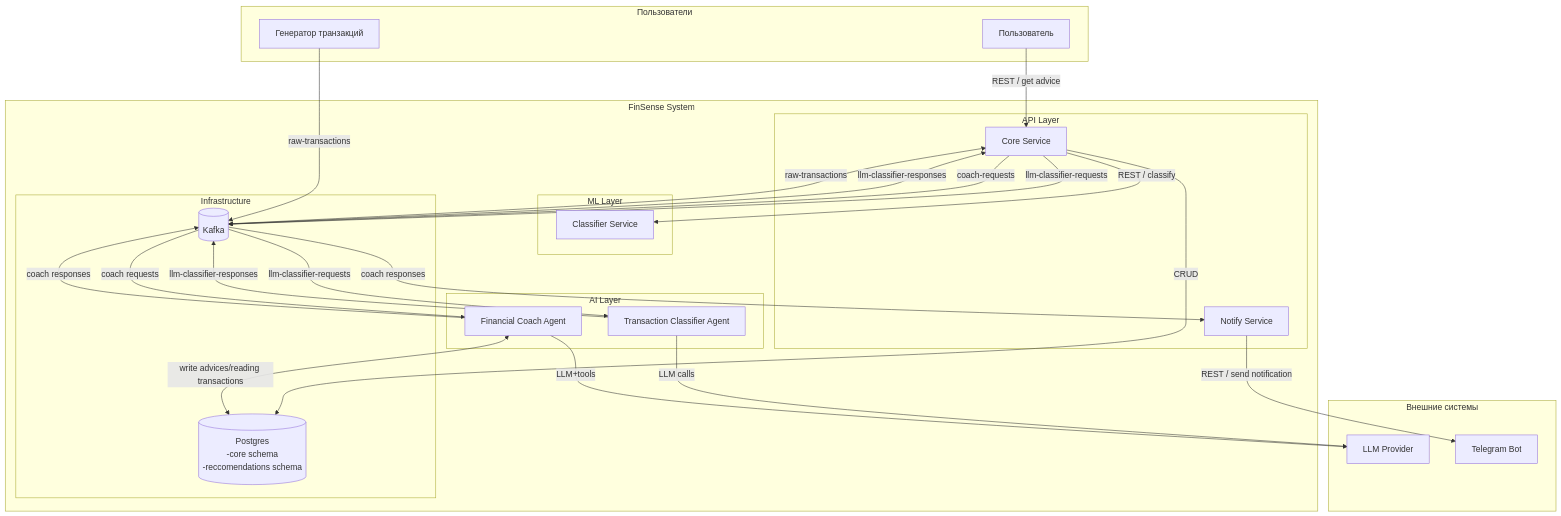
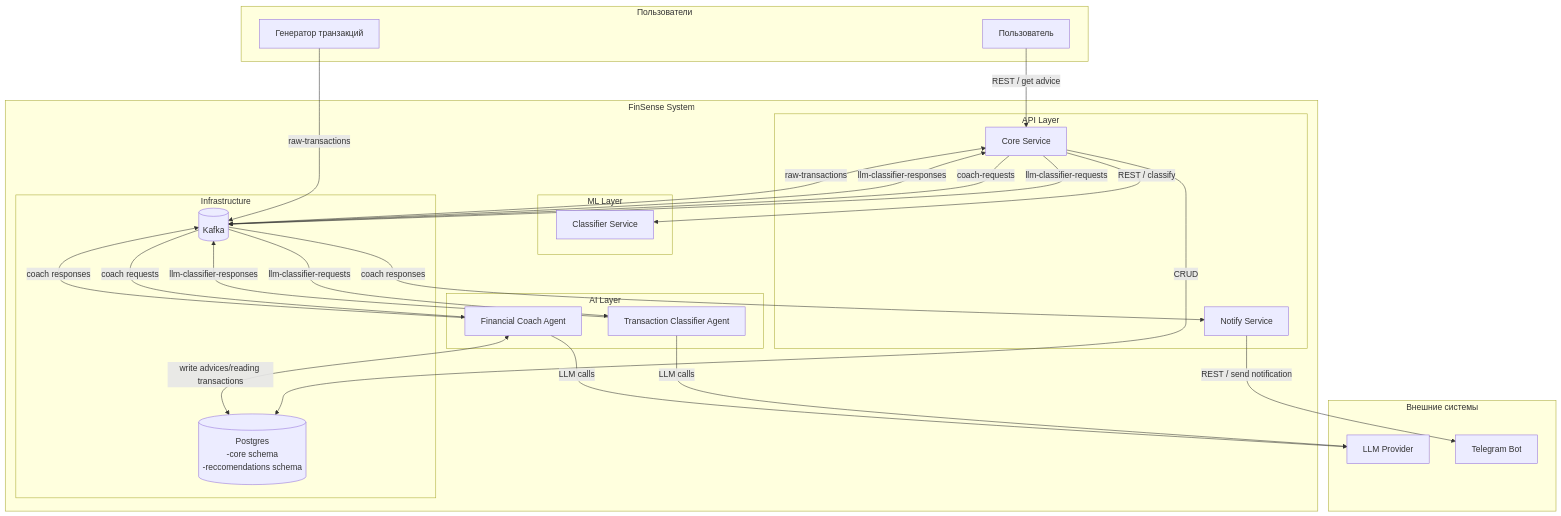
The second of 7 diagrams in docs/architecture_diagrams.md (irunazushan/finSense), drawn with Mermaid before and after one commit. The commit also changed other lines of this file and 3 other files, not shown here.

````diff
--- a/docs/architecture_diagrams.md
+++ b/docs/architecture_diagrams.md
@@ -26,55 +26,55 @@
 ```mermaid
 graph TD
     subgraph "Внешние системы"
         LLM[LLM Provider]
         TG[Telegram Bot]
     end
 
     subgraph "Пользователи"
         User[Пользователь]
         Gen[Генератор транзакций]
     end
 
     subgraph "FinSense System"
         subgraph "API Layer"
             Core[Core Service]
             Notify[Notify Service]
         end
         
         subgraph "ML Layer"
             Classifier[Classifier Service]
         end
         
         subgraph "AI Layer"
             Reasoning[Transaction Classifier Agent]
             Coach[Financial Coach Agent]
         end
         
         subgraph "Infrastructure"
             Kafka[(Kafka)]
             DB[(Postgres<br>-core schema<br>-reccomendations schema)]
         end
     end
 
     User -->|REST / get advice| Core
     Gen -->|raw-transactions| Kafka
     
     Core -->|REST / classify| Classifier
     Core -->|llm‑classifier‑requests| Kafka
     Core -->| coach‑requests| Kafka
     Core -->|CRUD| DB
     Kafka -->|llm‑classifier‑responses| Core
     Kafka -->|raw-transactions | Core
     
     Reasoning -->| llm‑classifier‑responses| Kafka
     Reasoning -->|LLM calls| LLM
     Kafka -->|llm‑classifier‑requests| Reasoning
     
-    Coach -->|LLM+tools| LLM
+    Coach -->|LLM calls| LLM
     Coach <-->|write advices/reading transactions| DB
     Coach -->|coach responses| Kafka
     Kafka -->|coach requests| Coach
 
     Notify -->|REST / send notification| TG
     Kafka -->|coach responses| Notify
 ```
````
